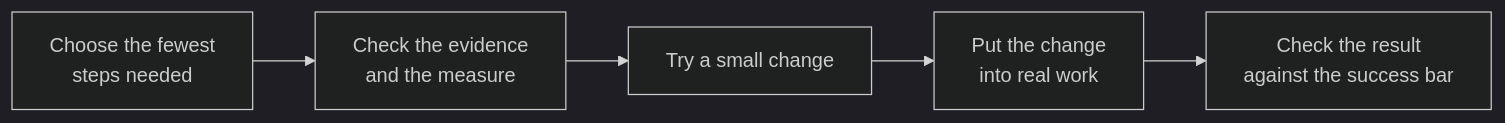
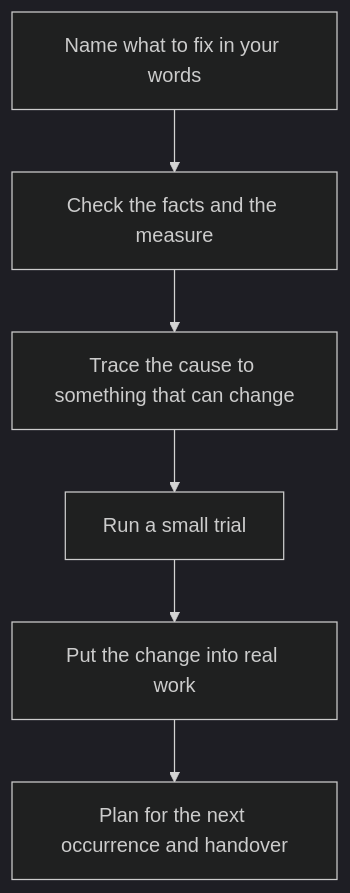
Before and after one commit to lucyleeai/stop-firefighting: the diagram in README.md, drawn with Mermaid (dark theme). The commit also changed other lines of this file, not shown here.

````diff
--- a/README.md
+++ b/README.md
@@ -34,7 +32,3 @@
 ```mermaid
-flowchart LR
-    A[Choose the fewest<br/>steps needed] --> B[Check the evidence<br/>and the measure]
-    B --> C[Try a small change]
-    C --> D[Put the change<br/>into real work]
-    D --> E[Check the result<br/>against the success bar]
+flowchart TD; A[Name what to fix in your words] --> B[Check the facts and the measure] --> C[Trace the cause to something that can change] --> D[Run a small trial] --> E[Put the change into real work] --> F[Plan for the next occurrence and handover]
 ```
````
